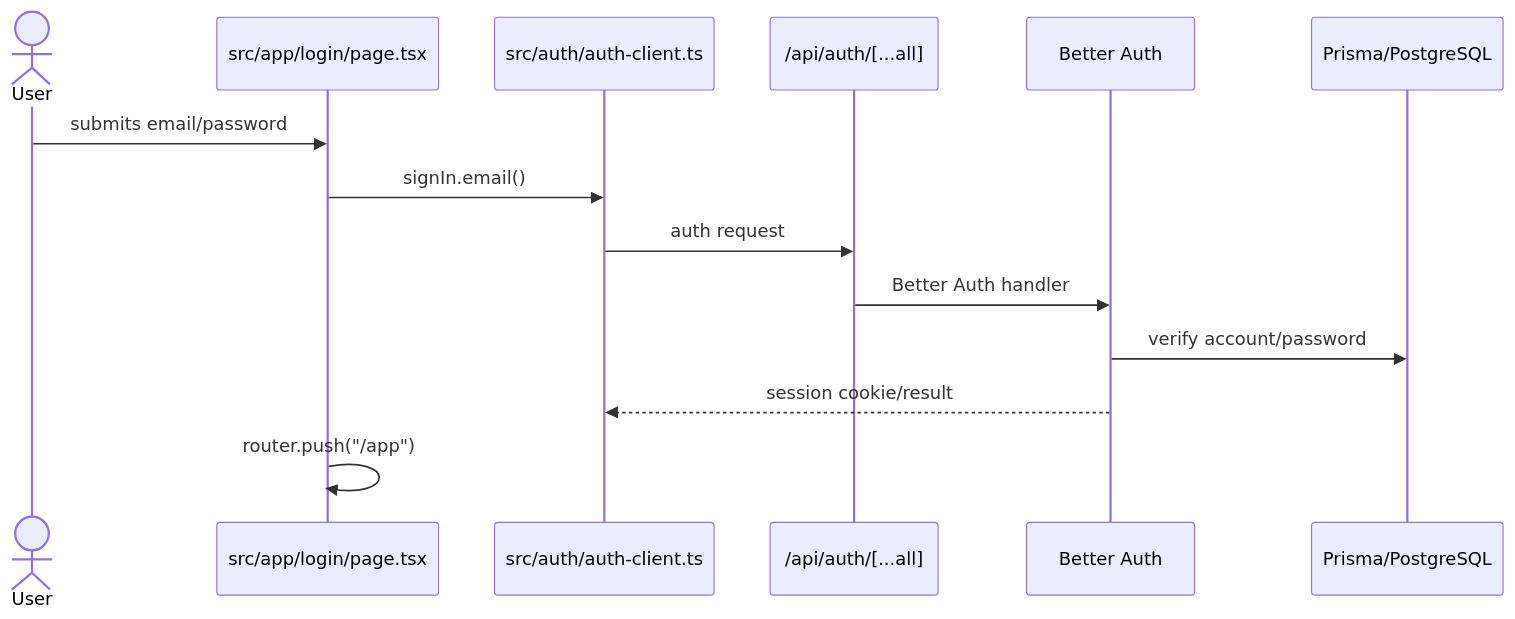
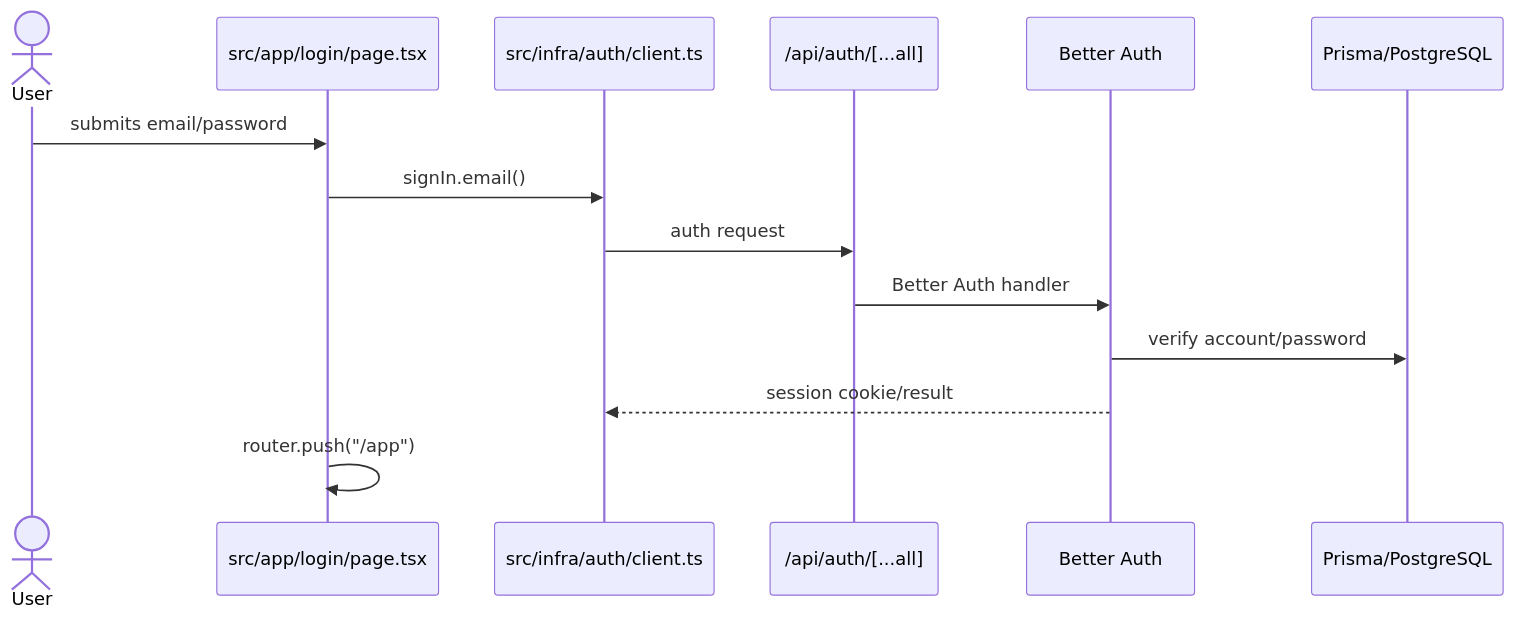
One commit to dpnunez/enade-simulados changed the second of 3 diagrams in .specs/codebase/ARCHITECTURE.md. Above: the diagram before and after it, drawn with Mermaid. The commit also changed other lines of this file and 16 other files, not shown here.

````diff
--- a/.specs/codebase/ARCHITECTURE.md
+++ b/.specs/codebase/ARCHITECTURE.md
@@ -70,17 +70,17 @@
 ```mermaid
 sequenceDiagram
     actor User
     participant Login as src/app/login/page.tsx
-    participant Client as src/auth/auth-client.ts
+    participant Client as src/infra/auth/client.ts
     participant Route as /api/auth/[...all]
     participant Auth as Better Auth
     participant DB as Prisma/PostgreSQL
 
     User->>Login: submits email/password
     Login->>Client: signIn.email()
     Client->>Route: auth request
     Route->>Auth: Better Auth handler
     Auth->>DB: verify account/password
     Auth-->>Client: session cookie/result
     Login->>Login: router.push("/app")
 ```
````
